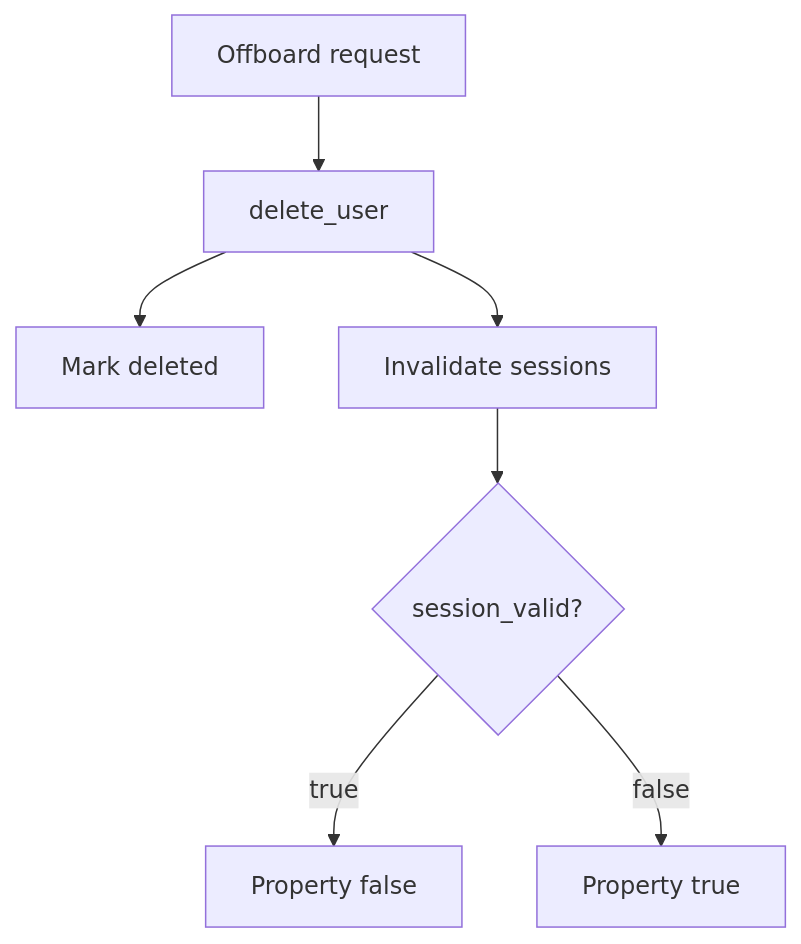
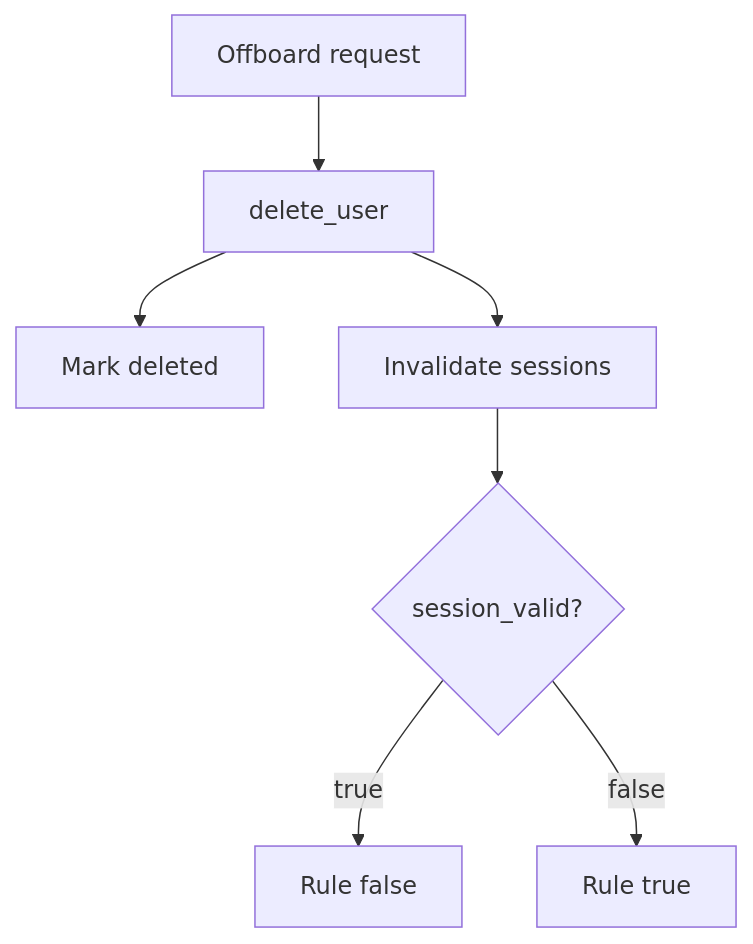
The second of 2 diagrams in content/modules/4/4.1/lessons/02-model.md (ishitvagoel/LearnSecurity), drawn with Mermaid before and after one commit. The commit also changed other lines of this file and 39 other files, not shown here.

````diff
--- a/content/modules/4/4.1/lessons/02-model.md
+++ b/content/modules/4/4.1/lessons/02-model.md
@@ -31,9 +32,9 @@
 ```mermaid
 flowchart TD
   HR[Offboard request] --> Use[delete_user]
   Use --> Mark[Mark deleted]
   Use --> Kill[Invalidate sessions]
   Kill --> Test{session_valid?}
-  Test -->|true| Fail[Property false]
-  Test -->|false| Pass[Property true]
+  Test -->|true| Fail[Rule false]
+  Test -->|false| Pass[Rule true]
 ```
````
